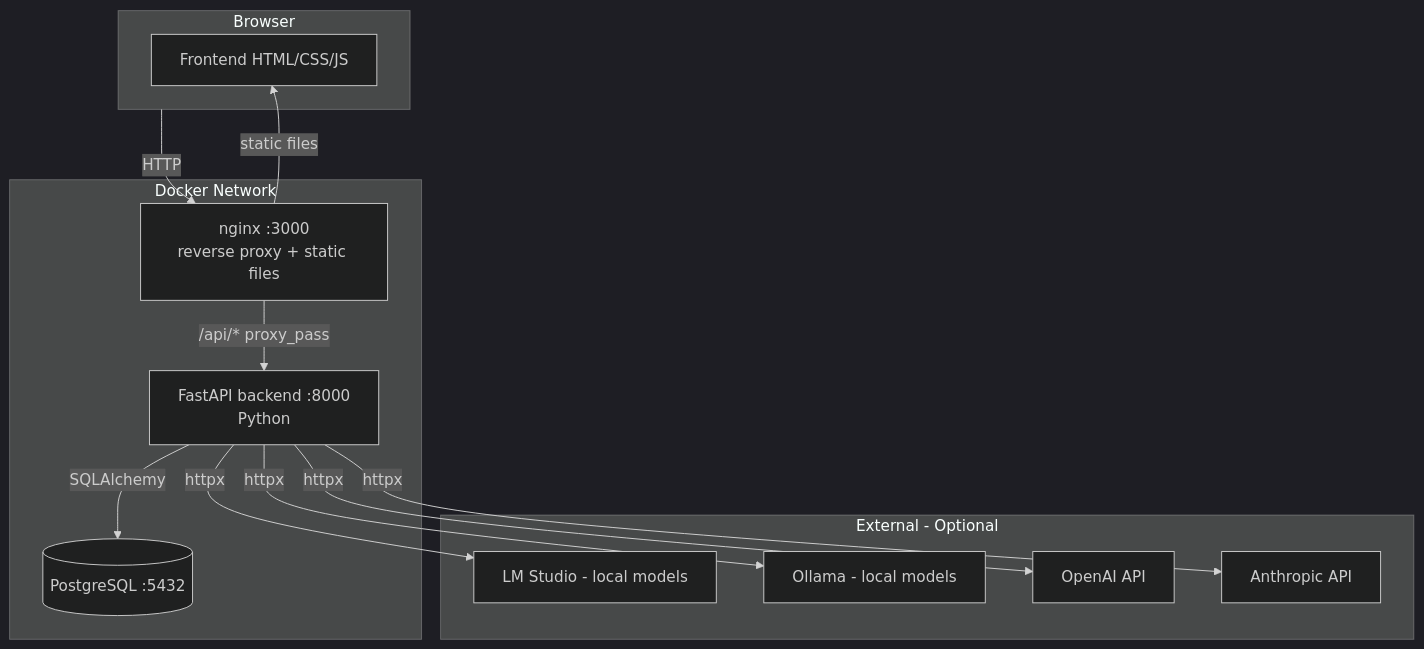
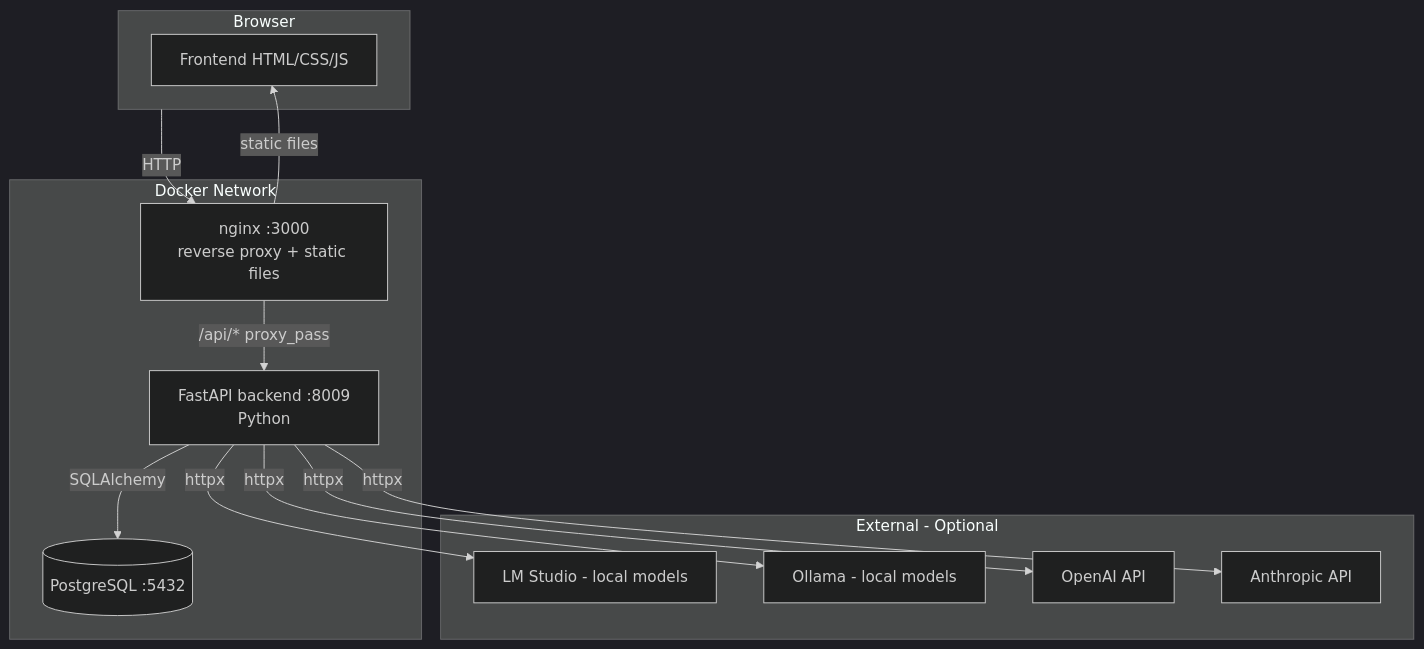
The first of 5 diagrams in README.md (sohaib1khan/AccessBot), drawn with Mermaid (dark theme) before and after one commit. The commit also changed other lines of this file and 5 other files, not shown here.

````diff
--- a/README.md
+++ b/README.md
@@ -46,28 +46,28 @@
 ```mermaid
 graph TB
     subgraph Browser
         UI[Frontend HTML/CSS/JS]
     end
 
     subgraph Docker Network
         NGINX[nginx :3000\nreverse proxy + static files]
-        API[FastAPI backend :8000\nPython]
+        API[FastAPI backend :8009\nPython]
         DB[(PostgreSQL :5432)]
     end
 
     subgraph External - Optional
         LLM1[LM Studio - local models]
         LLM2[Ollama - local models]
         LLM3[OpenAI API]
         LLM4[Anthropic API]
     end
 
     Browser -->|HTTP| NGINX
     NGINX -->|/api/* proxy_pass| API
     NGINX -->|static files| UI
     API -->|SQLAlchemy| DB
     API -->|httpx| LLM1
     API -->|httpx| LLM2
     API -->|httpx| LLM3
     API -->|httpx| LLM4
 ```
````
